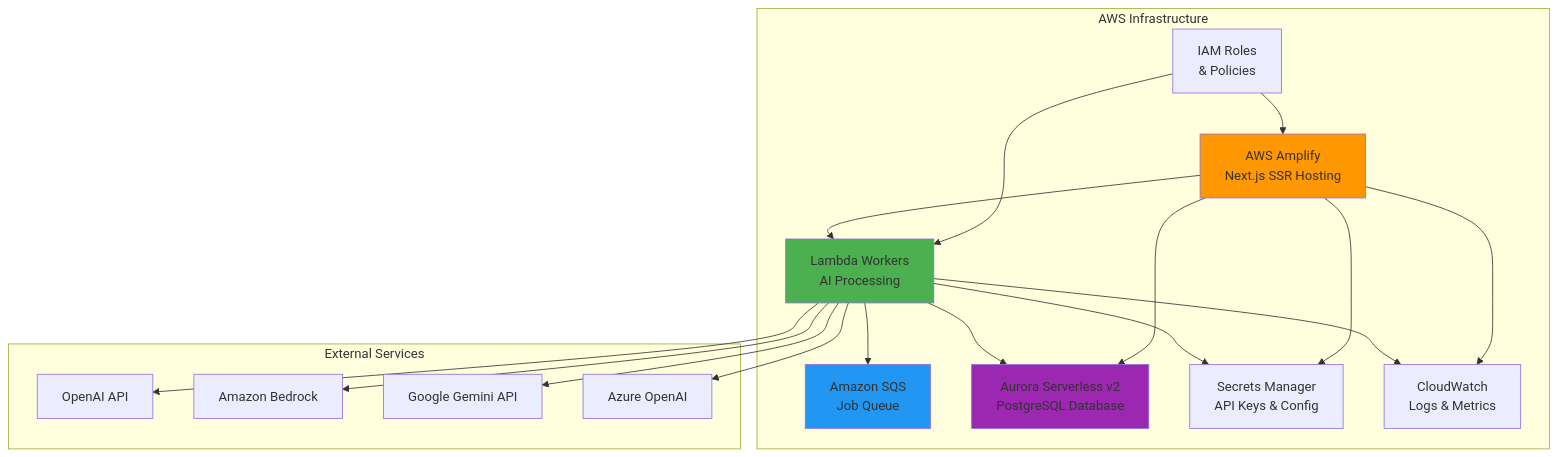
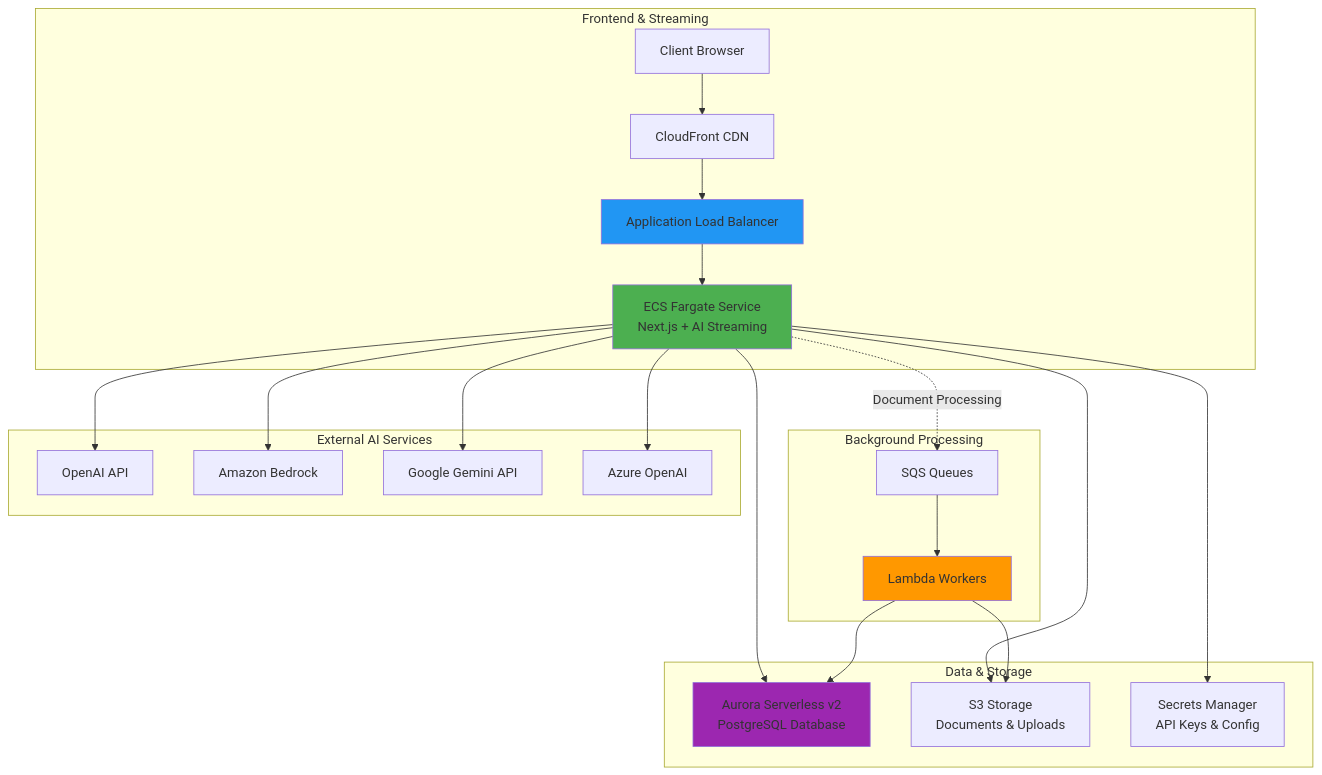
Before and after one commit to psd401/aistudio.psd401.ai: the diagram in docs/operations/streaming-infrastructure.md, drawn with Mermaid. The commit also changed other lines of this file and 5 other files, not shown here.

First line of the commit message:
docs: Update architecture documentation for ECS streaming migration

````diff
--- a/docs/operations/streaming-infrastructure.md
+++ b/docs/operations/streaming-infrastructure.md
@@ -11,42 +13,49 @@
 ```mermaid
 graph TB
-    subgraph "AWS Infrastructure"
-        Amplify[AWS Amplify<br/>Next.js SSR Hosting]
-        Lambda[Lambda Workers<br/>AI Processing]
-        SQS[Amazon SQS<br/>Job Queue]
+    subgraph "Frontend & Streaming"
+        Client[Client Browser]
+        CF[CloudFront CDN]
+        ALB[Application Load Balancer]
+        ECS[ECS Fargate Service<br/>Next.js + AI Streaming]
+    end
+
+    subgraph "Data & Storage"
         RDS[Aurora Serverless v2<br/>PostgreSQL Database]
+        S3[S3 Storage<br/>Documents & Uploads]
         Secrets[Secrets Manager<br/>API Keys & Config]
-        CloudWatch[CloudWatch<br/>Logs & Metrics]
-        IAM[IAM Roles<br/>& Policies]
     end
-    
-    subgraph "External Services"
+
+    subgraph "Background Processing"
+        Lambda[Lambda Workers]
+        SQS[SQS Queues]
+    end
+
+    subgraph "External AI Services"
         OpenAI[OpenAI API]
         Bedrock[Amazon Bedrock]
         Google[Google Gemini API]
         Azure[Azure OpenAI]
     end
-    
-    Amplify --> Lambda
-    Lambda --> SQS
+
+    Client --> CF
+    CF --> ALB
+    ALB --> ECS
+
+    ECS --> RDS
+    ECS --> S3
+    ECS --> Secrets
+    ECS --> OpenAI
+    ECS --> Bedrock
+    ECS --> Google
+    ECS --> Azure
+
+    ECS -.Document Processing.-> SQS
+    SQS --> Lambda
     Lambda --> RDS
-    Lambda --> Secrets
-    Lambda --> OpenAI
-    Lambda --> Bedrock
-    Lambda --> Google
-    Lambda --> Azure
-    
-    Amplify --> RDS
-    Amplify --> Secrets
-    
-    Lambda --> CloudWatch
-    Amplify --> CloudWatch
-    
-    IAM --> Lambda
-    IAM --> Amplify
-    
-    style Amplify fill:#ff9800
-    style Lambda fill:#4caf50
-    style SQS fill:#2196f3
+    Lambda --> S3
+
+    style ECS fill:#4caf50
+    style ALB fill:#2196f3
     style RDS fill:#9c27b0
+    style Lambda fill:#ff9800
 ```
````
